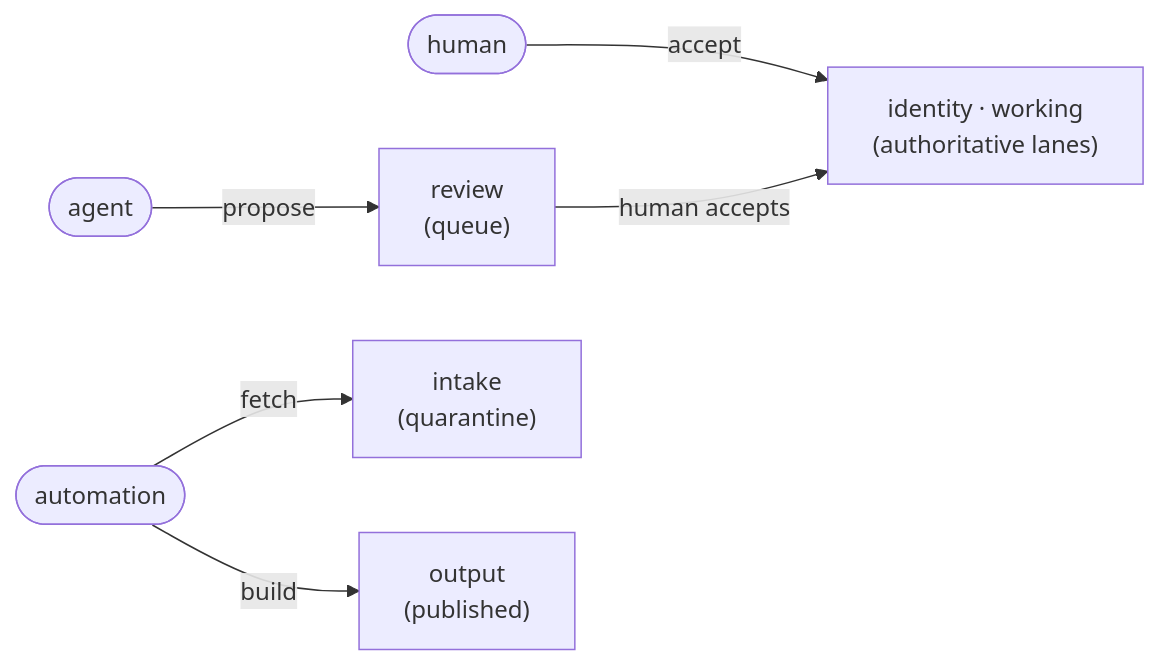
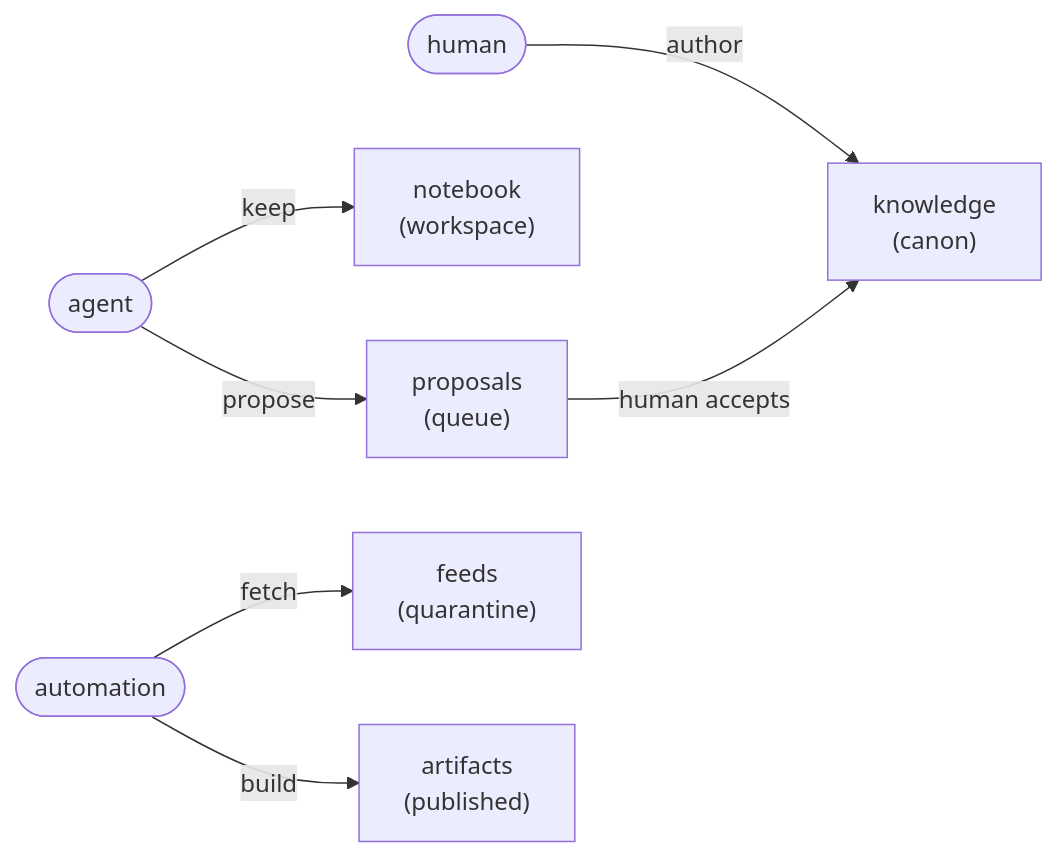
Before and after one commit to patrick204nqh/textus: the diagram in README.md, drawn with Mermaid. The commit also changed other lines of this file and 153 other files, not shown here.

First line of the commit message:
textus 0.33.0 — complete primitive set (workspace + keep) + vocabulary (ADR 0031→0033) (#103)

````diff
--- a/README.md
+++ b/README.md
@@ -27,8 +27,9 @@
 ```mermaid
 flowchart LR
-    human(["human"]) -->|accept| auth["identity · working<br/>(authoritative lanes)"]
-    agent(["agent"]) -->|propose| review["review<br/>(queue)"]
-    review -->|human accepts| auth
-    automation(["automation"]) -->|fetch| intake["intake<br/>(quarantine)"]
-    automation -->|build| output["output<br/>(published)"]
+    human(["human"]) -->|author| knowledge["knowledge<br/>(canon)"]
+    agent(["agent"]) -->|keep| notebook["notebook<br/>(workspace)"]
+    agent -->|propose| proposals["proposals<br/>(queue)"]
+    proposals -->|human accepts| knowledge
+    automation(["automation"]) -->|fetch| feeds["feeds<br/>(quarantine)"]
+    automation -->|build| artifacts["artifacts<br/>(published)"]
 ```
````
